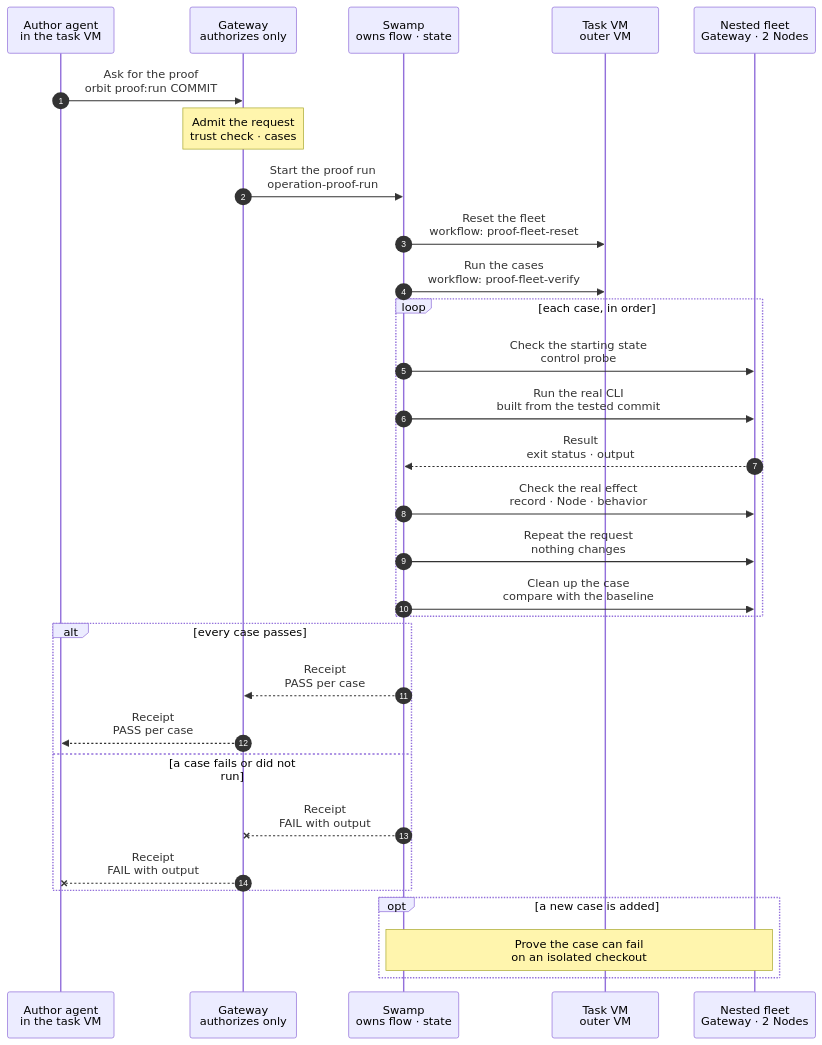
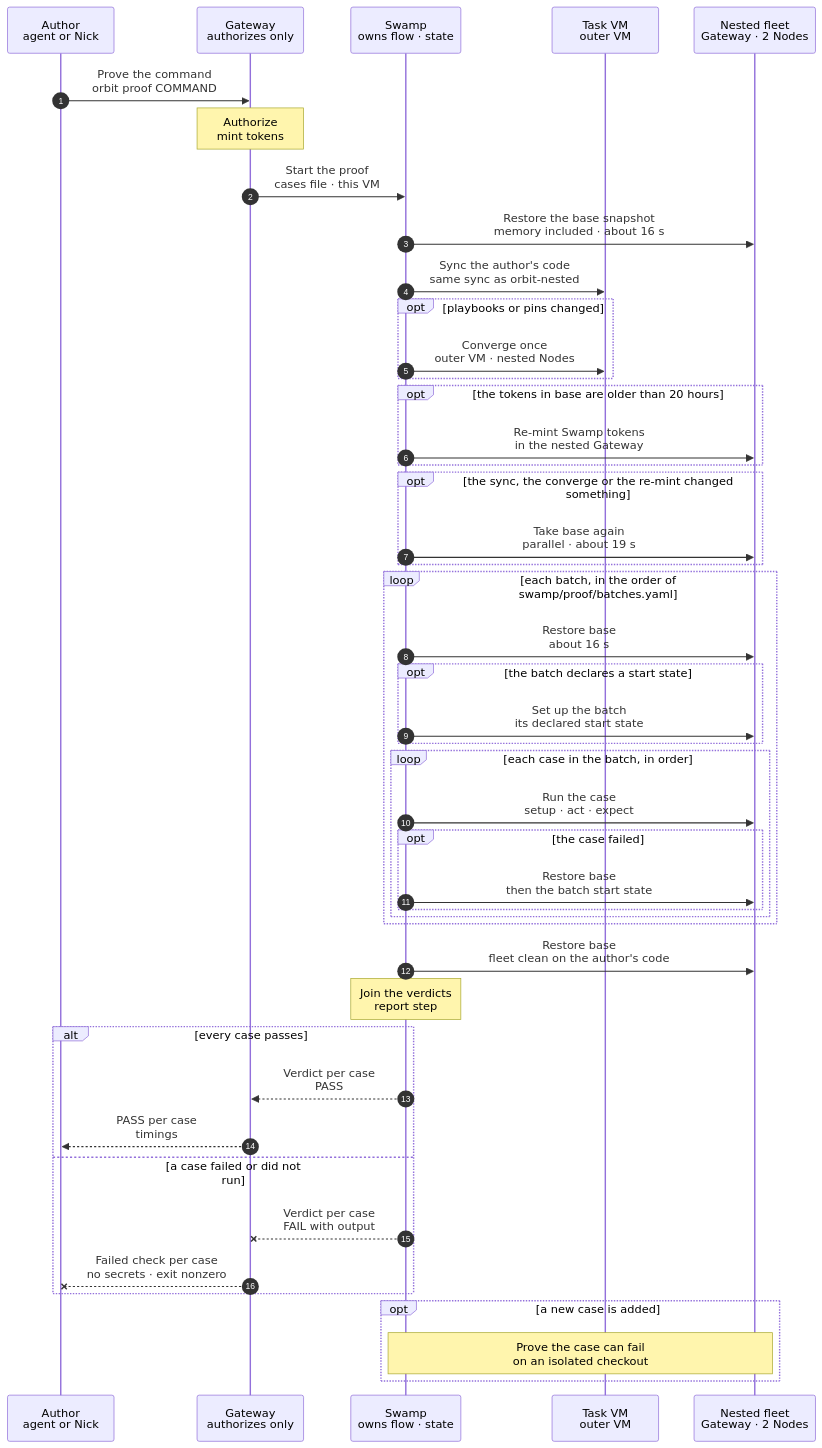
Before and after one commit to hardimpactdev/orbit: the diagram in docs/reference/pipeline/3-proof.mmd, drawn with Mermaid. The commit also changed 9 other files, not shown here.

First line of the commit message:
docs: proof stage design with memory snapshots, batches and no undo

```diff
--- a/docs/reference/pipeline/3-proof.mmd
+++ b/docs/reference/pipeline/3-proof.mmd
@@ -1,87 +1,126 @@
 sequenceDiagram
-  %% Target design: stage 3 of the command development pipeline (verifying-commands skill). The author runs the command's cases on the nested fleet of the development environment, before pushing. Orbit's own Swamp runs the reset and verify workflows (workflow-proof-fleet-reset, -ready, -verify) and reaches into the task VM over SSH, like every other step. The Gateway only admits the request and mints tokens. The same cases and assertions run in CI (stage 4).
+  %% Target design: stage 3 of the command development pipeline. The author proves the command in the development environment it already works in (task VM with its nested fleet). The nested VMs hold their own checkout, with no share from the outer VM, so Incus memory snapshots work. Each run restores the task's base snapshot, syncs the author's code once and takes base again. Each batch restores base once; its cases use their own resources and need no undo. A failed case triggers a restore before the next. Cases come from the command's cases file; each names its batch from swamp/proof/batches.yaml, which sets the order. One shared runner; the same cases and runner run in CI (stage 4, proof:run on a fresh VM).
   %% status: draft
   %% command: development pipeline stage 3 · proof
   %% kind: pipeline.3-proof
   autonumber
   %% lane AG icon=terminal pill=caller tone=gray
   %% lane GW icon=gateway pill=intent tone=blue
   %% lane SW icon=workflow pill=executes tone=green
   %% lane VM icon=server pill=target tone=purple
   %% lane NT icon=server pill=fleet tone=amber
-  participant AG as Author agent<br/>in the task VM
+  participant AG as Author<br/>agent or Nick
   participant GW as Gateway<br/>authorizes only
   participant SW as Swamp<br/>owns flow · state
   participant VM as Task VM<br/>outer VM
   participant NT as Nested fleet<br/>Gateway · 2 Nodes
-  AG->>GW: Ask for the proof<br/>orbit proof:run COMMIT
-  %%> Command:
-  %%> - `orbit proof:run COMMIT` for the command's cases
-  %%> Built or not:
-  %%> - built, with one case so far: the `firewall:allow` traffic case; every other command's cases are not built
+  AG->>GW: Prove the command<br/>orbit proof COMMAND
+  %%> What it does:
+  %%> - runs the command's cases on the author's own development VM; no new VM
+  %%> - the cases file (`swamp/proof/FAMILY/COMMAND.cases.yaml`) names the batch of each case; `swamp/proof/batches.yaml` defines the shared batches and their order; nothing is picked at run time
+  %%> - one command per run; in CI, `proof:run` proves each affected command separately, on its own proof VM
   %%> Not built:
-  %%> - the request from a branch that is not pushed yet; `proof:run` takes only a commit on a branch of the repository today
-  Note over GW: Admit the request<br/>trust check · cases
+  %%> - the command, the cases file format, the runner
+  Note over GW: Authorize<br/>mint tokens
+  GW->>SW: Start the proof<br/>cases file · this VM
+  SW->>NT: Restore the base snapshot<br/>memory included · about 16 s
   %%> What it does:
-  %%> - checks the commit and selects the cases, as in the chart of `proof:run`
-  %%> - records the operation for the CLI and web, and mints the tokens the run needs
+  %%> - restores the task's Incus stateful snapshot `base` (stage 2), all three VMs in parallel
+  %%> - sets each guest clock from the outer VM as soon as that VM's agent answers; a restore puts the clocks back to snapshot time
+  %%> - ready when the Gateway answers, every Node agent sends a fresh heartbeat (every 5 s) and Doctor is healthy
+  %%> - every restore in this chart has a 30 s limit: a restore that fails or is not healthy in time stops the run, with no retry; the cases that did not run become `unrun` with cause `infrastructure`, and the verdicts of cases that ran stay
+  %%> Time, measured on tvm-554:
+  %%> - stock Incus restore and agent wait, no tuning: restore about 9 s, healthy about 16 s
+  SW->>VM: Sync the author's code<br/>same sync as orbit-nested
+  %%> What it does:
+  %%> - rsync of the outer checkout into the nested Gateway and app-dev, only what changed since `base`
+  %%> - leaves out `vendor`, `node_modules`, `.git`, `.env`, `storage` and `bootstrap/cache`
+  %%> - `composer install` or `bun install` only when a lock file changed, from the cache in the VM; then migrations and a Swamp reload
+  %%> Time, measured on tvm-554:
+  %%> - rsync of both nested checkouts in parallel: 0.2 s with nothing changed, 2.1 s for 7,600 files
+  %%> - apply in the nested Gateway (package discovery, migrations, Swamp repository copy, restart of the two proof services): about 1 s
+  %%> - `composer install` takes about 10 s even with an unchanged lock file (its scripts regenerate the OpenAPI and MCP files), so it runs only on a lock change
+  %%> Not built:
+  %%> - the two proof services still wait up to 60 s for the old code share at start (`tools/swamp-proof-guest/boot.py`); that wait goes with the share
+  opt playbooks or pins changed
+    SW->>VM: Converge once<br/>outer VM · nested Nodes
+    %%> What it does:
+    %%> - image playbooks on the outer VM; role playbooks and pins on the nested Nodes, through the nested Orbit's `node:converge`
+    %%> - runs after the sync, so the nested Orbit has the new playbooks
+    %%> Why:
+    %%> - a tool update lives in code; this puts it in place once, and the snapshot taken next keeps it
+    %%> - the base images are not touched; only the merge and the seed refresh change them
+  end
+  opt the tokens in base are older than 20 hours
+    SW->>NT: Re-mint Swamp tokens<br/>in the nested Gateway
+    %%> What it does:
+    %%> - the nested Gateway mints new serve and worker tokens for its own Swamp, with the same step as the fleet build
+    %%> Why:
+    %%> - the tokens a build mints last 24 hours and its certificates 2 days; `base` inherits them, so a task older than a day would otherwise prove with an expired nested Swamp
+    %%> - these tokens belong to the nested Orbit; the real Gateway mints nothing for them
+  end
+  opt the sync, the converge or the re-mint changed something
+    SW->>NT: Take base again<br/>parallel · about 19 s
+    %%> What it does:
+    %%> - skipped when rsync moved and deleted nothing, no lock file changed, nothing converged and no token was re-minted: the fleet is then still exactly `base`, as after a rerun without edits
+    %%> - `incus snapshot create --stateful --reuse base` on the three nested VMs at once; `--reuse` replaces the old `base`
+    %%> - the VMs keep running; their clocks lose about 1 s while memory is saved, which the normal time sync corrects
+    %%> - `base` holds the proof Swamp Club key, on the nested Gateway's disk and in its Swamp serve's memory; accepted because `base` belongs to one task, never leaves its task VM and is destroyed with it; ready copies stay key-free
+    %%> Time, measured on tvm-554:
+    %%> - about 19 s; the Gateway's 660 MB memory state sets it (app-dev 12 s, app-prod 7 s)
+    %%> Why:
+    %%> - every batch starts from it without another sync; the next proof run only syncs what changed since this one
+    %%> - the task VM keeps its own state until the task merges; changes flow back only as code, through the release and the seed refresh
+  end
+  loop each batch, in the order of swamp/proof/batches.yaml
+    SW->>NT: Restore base<br/>about 16 s
+    %%> What it does:
+    %%> - one restore per batch; skipped when the fleet is still at `base`, as for the first batch
+    %%> - 30 s limit, as for every restore; a failed restore stops the run
+      opt the batch declares a start state
+      SW->>NT: Set up the batch<br/>its declared start state
+      %%> What it does:
+      %%> - applies what the batch declares, for example dual-stack networking
+    end
+    loop each case in the batch, in order
+      SW->>NT: Run the case<br/>setup · act · expect
+      %%> What it does:
+      %%> - the shared runner executes the case's spec steps: setup (for example a listener or a test deny), the real CLI call, then the checks the case lists (traffic, UFW, Gateway record, Doctor, unchanged state)
+      %%> - each case names the chart path it covers (main, opt, alt); every optional flag has its own case
+      %%> - no undo and no cleanup: each case uses its own resources (free ports, its own listeners, a new Instance), so cases in a batch do not touch each other
+      %%> - a case that changes shared state (UFW off, injected failures, a held lock, a full-list check) sits in its own batch
+      opt the case failed
+        SW->>NT: Restore base<br/>then the batch start state
+        %%> Why:
+        %%> - a failed case can leave anything behind; the next case starts clean
+      end
+    end
+  end
+  SW->>NT: Restore base<br/>fleet clean on the author's code
   %%> Why:
-  %%> - the Gateway only authorizes; Swamp owns the flow and its state
-  GW->>SW: Start the proof run<br/>operation-proof-run
-  %%> Not built:
-  %%> - Orbit's own Swamp running the reset and verify workflows directly; today `bin/proof-fleet` starts a local Swamp inside the task VM
-  SW->>VM: Reset the fleet<br/>workflow: proof-fleet-reset
+  %%> - the author keeps developing on a clean fleet that already runs the latest code; nothing switches back
+  Note over SW: Join the verdicts<br/>report step
   %%> What it does:
-  %%> - Swamp reaches into the task VM over SSH, like every other step; there is no `bin/proof-fleet` and no controller Swamp in the VM
-  %%> - starts each independent run on a fresh nested fleet (stage 2), with the branch's code applied
-  %%> - falls back to a full build when no ready copy is usable
-  %%> - pushes the proof Swamp Club key from its vault into the nested Gateway, which runs its own Swamp as part of the Orbit under test
-  %%> Why:
-  %%> - the key is copied in at boot and never baked into an image; it is never stored on the outer task VM
-  SW->>VM: Run the cases<br/>workflow: proof-fleet-verify
-  %%> What it does:
-  %%> - the verify workflow runs each selected case against the nested fleet through the task VM, over SSH
-  loop each case, in order
-    SW->>NT: Check the starting state<br/>control probe
-    %%> What it does:
-    %%> - confirms the test setup works before the command runs, for example a healthy listener and a port that is blocked
-    %%> Why:
-    %%> - a broad unmanaged allowance must not let a case pass without the rule under test
-    SW->>NT: Run the real CLI<br/>built from the tested commit
-    %%> What it does:
-    %%> - calls the command through its real interface: required arguments only, each flag, each error path
-    NT-->>SW: Result<br/>exit status · output
+  %%> - each case ended with one JSON line of at most 1 KB (Swamp cuts step output at 4,096 bytes): id, verdict, cause, seconds and the failed checks
+  %%> - verdicts: `passed`; `failed` with cause `assertion` or `infrastructure`; `unrun` with cause `precondition` (setup failed, the command never ran) or `infrastructure` (a failed restore stopped the run first)
+  %%> - the full receipt (every step, command output, firewall state, timings) stays in the task VM's evidence directory
+  alt every case passes
+    SW-->>GW: Verdict per case<br/>PASS
     %%> Result:
-    %%> - the public result in human and JSON output
-    SW->>NT: Check the real effect<br/>record · Node · behavior
-    %%> What it checks:
-    %%> - the Gateway record, the observed Node state, and the promised effect, such as traffic that passes or stays blocked
-    %%> - Doctor reports no drift for the records the case touched
-    %%> - what must stay unchanged, including unmanaged resources
-    SW->>NT: Repeat the request<br/>nothing changes
-    %%> What it checks:
-    %%> - a repeat adds no managed resource and changes no configuration; a documented skip returns its reason code
-    SW->>NT: Clean up the case<br/>compare with the baseline
-    %%> What it does:
-    %%> - scoped cleanup, then compares the case's own database and firewall state with its start
-    %%> - residue fails the case; an infrastructure failure is reported apart and never counts as a pass
-  end
-  alt every case passes
-    SW-->>GW: Receipt<br/>PASS per case
-    GW-->>AG: Receipt<br/>PASS per case
+    %%> - the Gateway records the verdicts once, from the run's terminal event
+    GW-->>AG: PASS per case<br/>timings
+  else a case failed or did not run
+    SW--xGW: Verdict per case<br/>FAIL with output
+    GW--xAG: Failed check per case<br/>no secrets · exit nonzero
     %%> Result:
-    %%> - one verdict per case with observations, Doctor findings and timings; the Gateway records it once; the author may push (stage 4)
-  else a case fails or did not run
-    SW--xGW: Receipt<br/>FAIL with output
-    GW--xAG: Receipt<br/>FAIL with output
-    %%> Result:
-    %%> - the failed case with its output, without secrets; the author fixes and runs again
+    %%> - the line names the failed check; the receipt in this task VM has the rest
+    %%> - in CI (stage 4) the proof VM is destroyed, so only the verdict lines stay; the author reruns `orbit proof` in their own task VM for the full receipt
   end
   opt a new case is added
     Note over SW,NT: Prove the case can fail<br/>on an isolated checkout
     %%> What it does:
     %%> - removes the mutation on an isolated checkout and confirms the functional assertion fails
     %%> - never mutates a live installation
     %%> Not built:
     %%> - exercising the CI gate with a known failing case (stage 4)
   end
```
